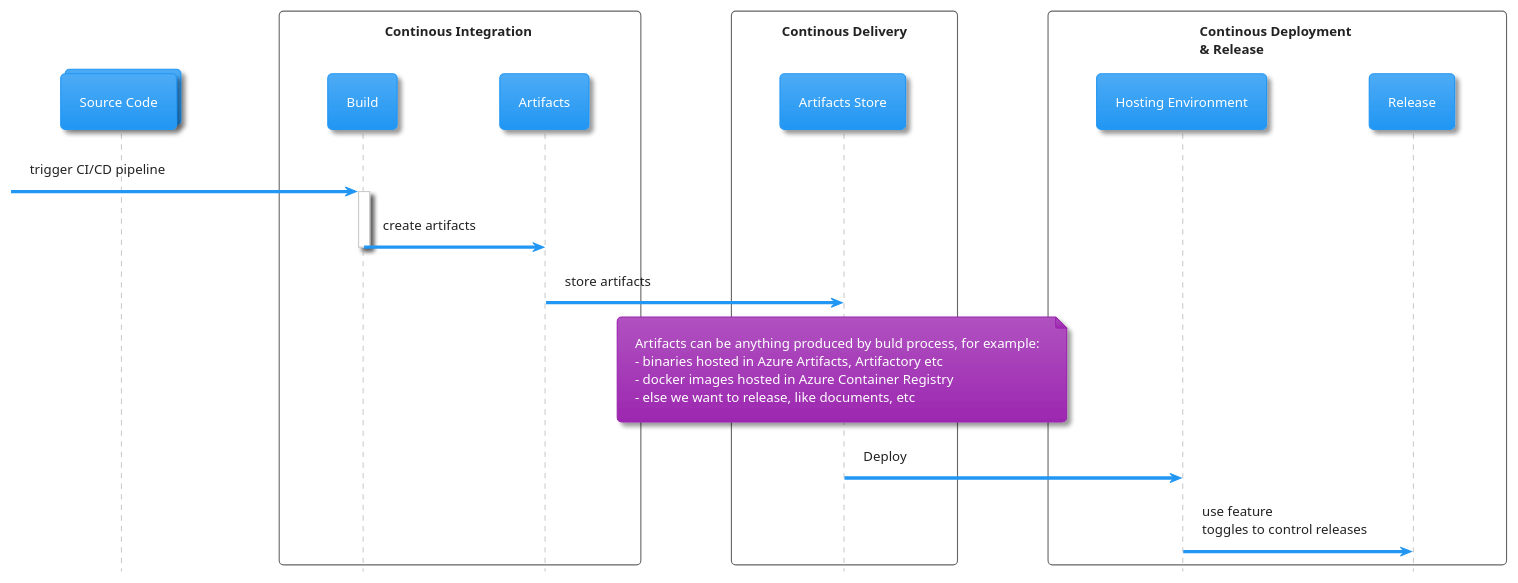
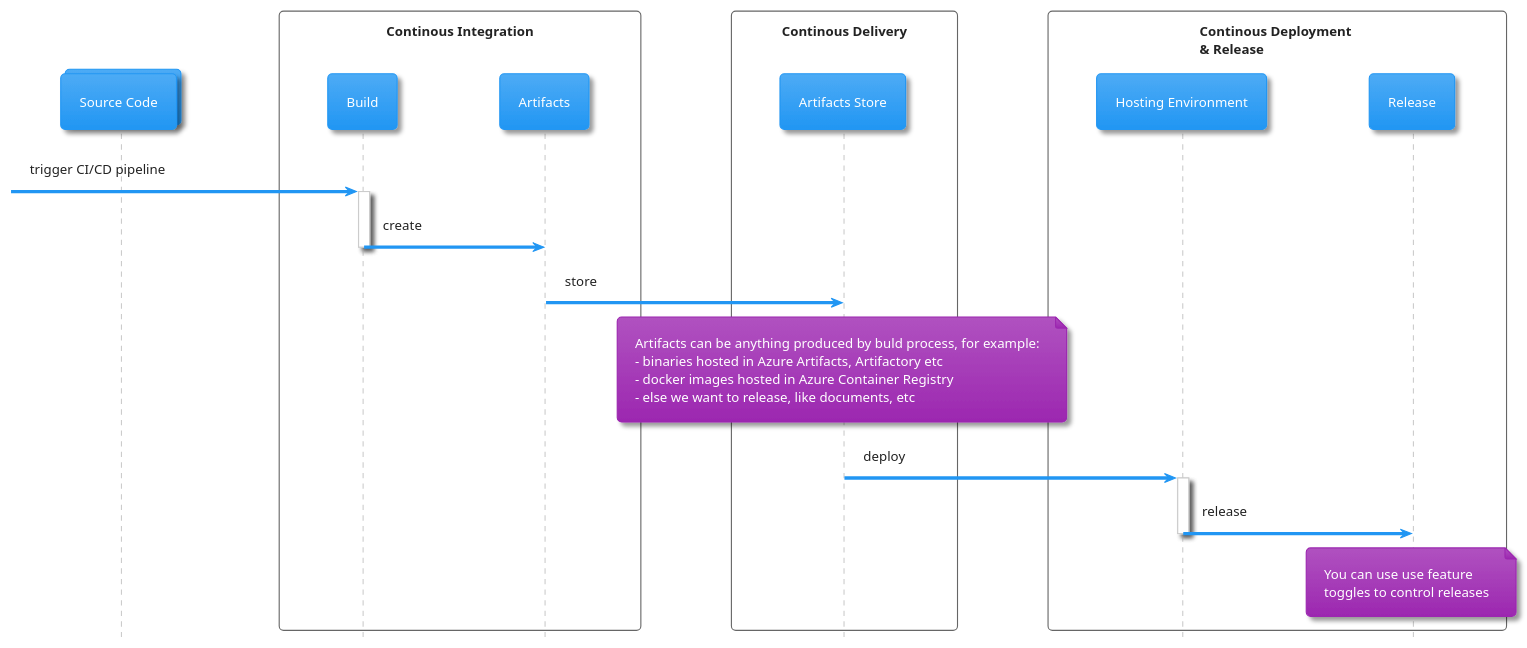
The diagram in media/azure-ci-cd.puml (ilearnazuretoday/azure-devops), drawn with PlantUML before and after one commit. The commit also changed 2 other files, not shown here.

```diff
--- a/media/azure-ci-cd.puml
+++ b/media/azure-ci-cd.puml
@@ -1,26 +1,37 @@
 @startuml azure-ci-cd
 hide footbox
 
 !theme materia
 
 collections "Source Code" as code
-box "Continous Integration <&queue>"
+
+box "Continous Integration"
 [-> Build : trigger CI/CD pipeline
 activate Build
-Build -> Artifacts : create artifacts
+Build -> Artifacts : create
 deactivate Build
 end box
+
 box "Continous Delivery"
-"Artifacts" -> "Artifacts Store" : store artifacts
+"Artifacts" -> "Artifacts Store" : store
 end box
+
 note over "Artifacts Store"
 Artifacts can be anything produced by buld process, for example:
 - binaries hosted in Azure Artifacts, Artifactory etc
 - docker images hosted in Azure Container Registry
 - else we want to release, like documents, etc
 end note
+
 box "Continous Deployment \n& Release"
-"Artifacts Store" -> "Hosting Environment" : Deploy
-"Hosting Environment" -> "Release" : use feature \ntoggles to control releases
+"Artifacts Store" -> "Hosting Environment" : deploy
+activate "Hosting Environment"
+"Hosting Environment" -> "Release" : release
+deactivate "Hosting Environment"
 end box
+
+note over "Release"
+You can use use feature
+toggles to control releases
+end note
 @enduml
```
